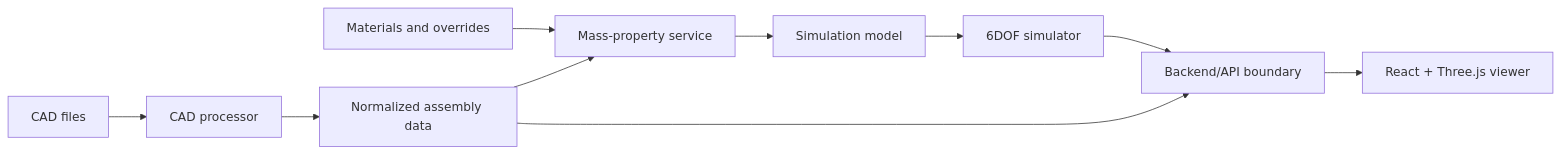
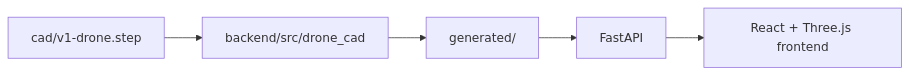
Before and after one commit to steveleecode/DronePilot: the diagram in docs/versions/v0.1.0/architecture.md, drawn with Mermaid. The commit also changed other lines of this file and 32 other files, not shown here.

Commit message:
chore: initialize drone CAD project

````diff
--- a/docs/versions/v0.1.0/architecture.md
+++ b/docs/versions/v0.1.0/architecture.md
@@ -29,12 +8,7 @@
 ```mermaid
 flowchart LR
-  CAD["CAD files"] --> Processor["CAD processor"]
-  Processor --> Normalized["Normalized assembly data"]
-  Materials["Materials and overrides"] --> Properties["Mass-property service"]
-  Normalized --> Properties
-  Properties --> Model["Simulation model"]
-  Model --> Sim["6DOF simulator"]
-  Sim --> API["Backend/API boundary"]
-  Normalized --> API
-  API --> Viewer["React + Three.js viewer"]
+  CAD["cad/v1-drone.step"] --> Backend["backend/src/drone_cad"]
+  Backend --> Generated["generated/"]
+  Generated --> API["FastAPI"]
+  API --> Frontend["React + Three.js frontend"]
 ```
````
